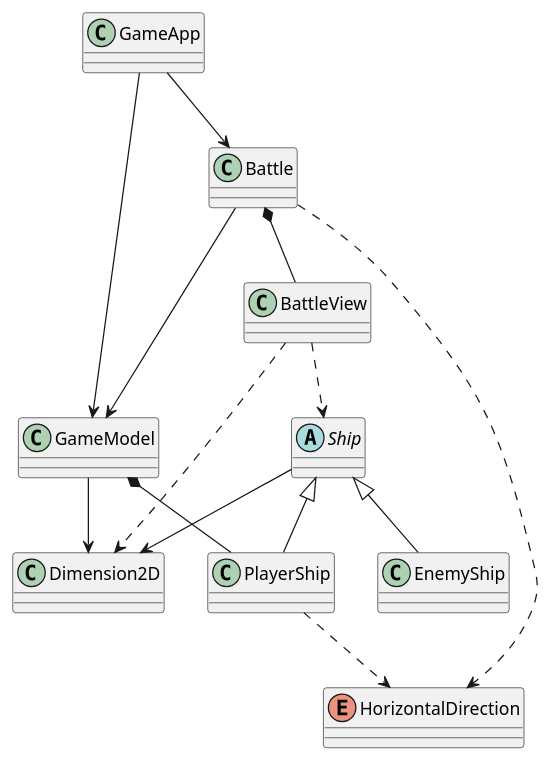
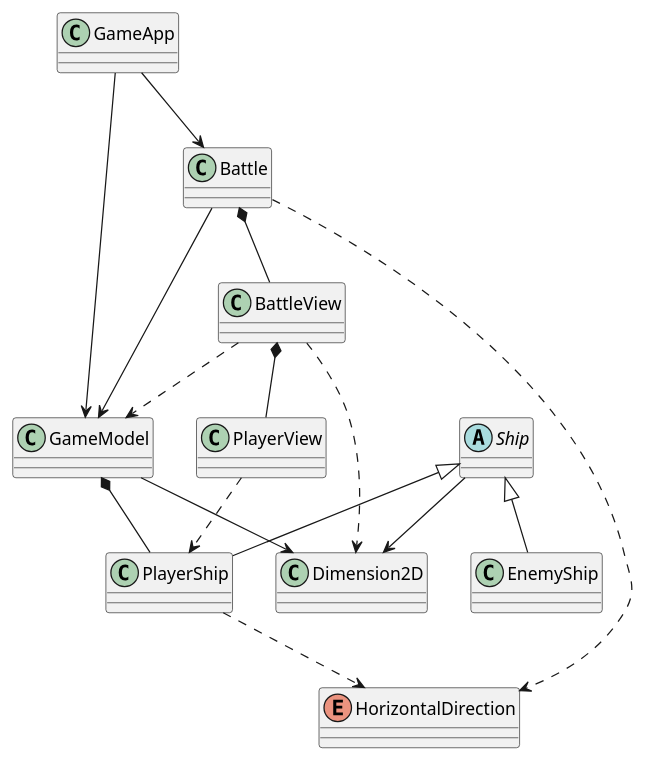
One commit to lishaduck/csse220-project changed the diagram in uml.puml. Above: the diagram before and after it, drawn with PlantUML. The commit also changed 4 other files, not shown here.

First line of the commit message:
Delegate player drawing to PlayerView

```diff
--- a/uml.puml
+++ b/uml.puml
@@ -1,25 +1,28 @@
 @startuml
 class GameApp
 class Battle
 class BattleView
+class PlayerView
 class GameModel
 abstract class Ship
 class PlayerShip
 class EnemyShip
 class Dimension2D
 enum HorizontalDirection
 
 GameApp --> GameModel
 GameApp --> Battle
 Battle *-- BattleView
 Battle --> GameModel
 Battle ..> HorizontalDirection
 GameModel *-- PlayerShip
 GameModel --> Dimension2D
 Ship <|-- PlayerShip
 Ship <|-- EnemyShip
 Ship --> Dimension2D
 PlayerShip ..> HorizontalDirection
-BattleView ..> Ship
+BattleView ..> GameModel
 BattleView ..> Dimension2D
+BattleView *-- PlayerView
+PlayerView ..> PlayerShip
 @enduml
```
